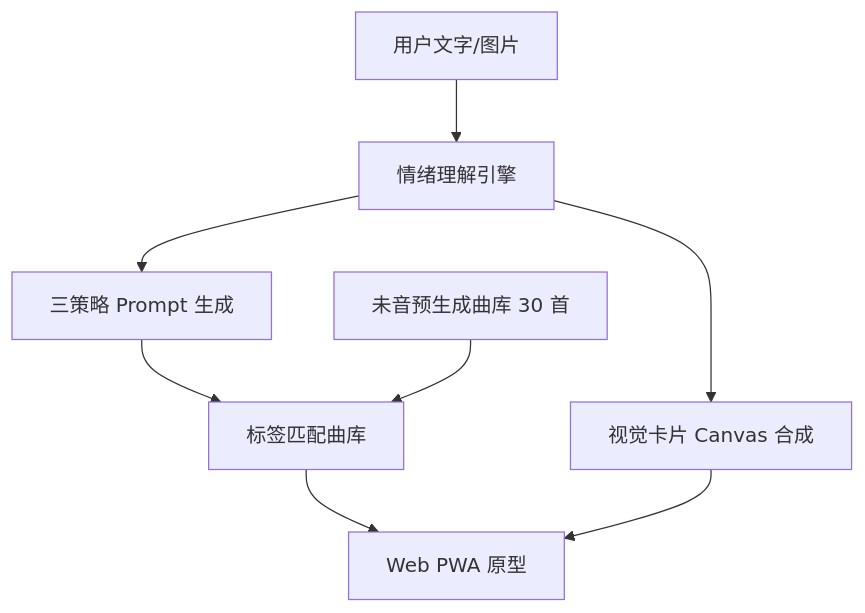
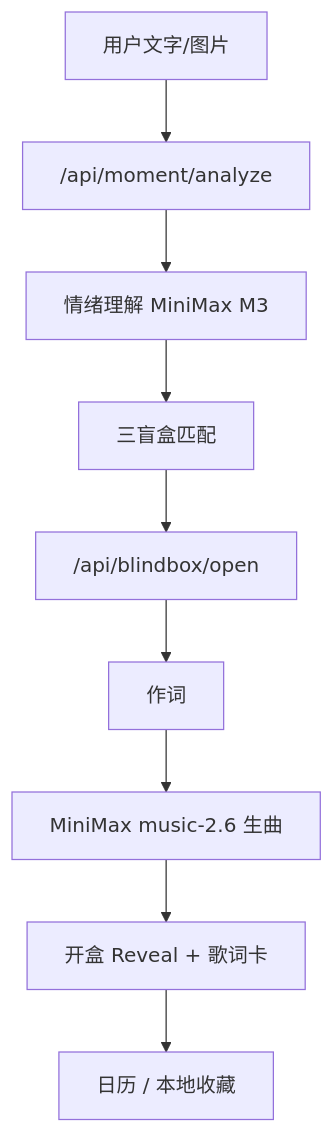
Before and after one commit to Ray-space/musebox: the second of 2 diagrams in docs/product-spec.md, drawn with Mermaid. The commit also changed other lines of this file and 17 other files, not shown here.

````diff
--- a/docs/product-spec.md
+++ b/docs/product-spec.md
@@ -63,10 +105,11 @@
 ```mermaid
 flowchart TB
-  UserInput[用户文字/图片] --> MoodEngine[情绪理解引擎]
-  MoodEngine --> PromptGen[三策略 Prompt 生成]
-  PromptGen --> Match[标签匹配曲库]
-  Match --> PWA[Web PWA 原型]
-  MoodEngine --> VisualGen[视觉卡片 Canvas 合成]
-  VisualGen --> PWA
-  PreGen[未音预生成曲库 30 首] --> Match
+  UserInput[用户文字/图片] --> Analyze["/api/moment/analyze"]
+  Analyze --> MoodEngine[情绪理解 MiniMax M3]
+  MoodEngine --> Draw[三盲盒匹配]
+  Draw --> Open["/api/blindbox/open"]
+  Open --> Lyrics[作词]
+  Lyrics --> Music[MiniMax music-2.6 生曲]
+  Music --> Reveal[开盒 Reveal + 歌词卡]
+  Reveal --> Calendar[日历 / 本地收藏]
 ```
````
